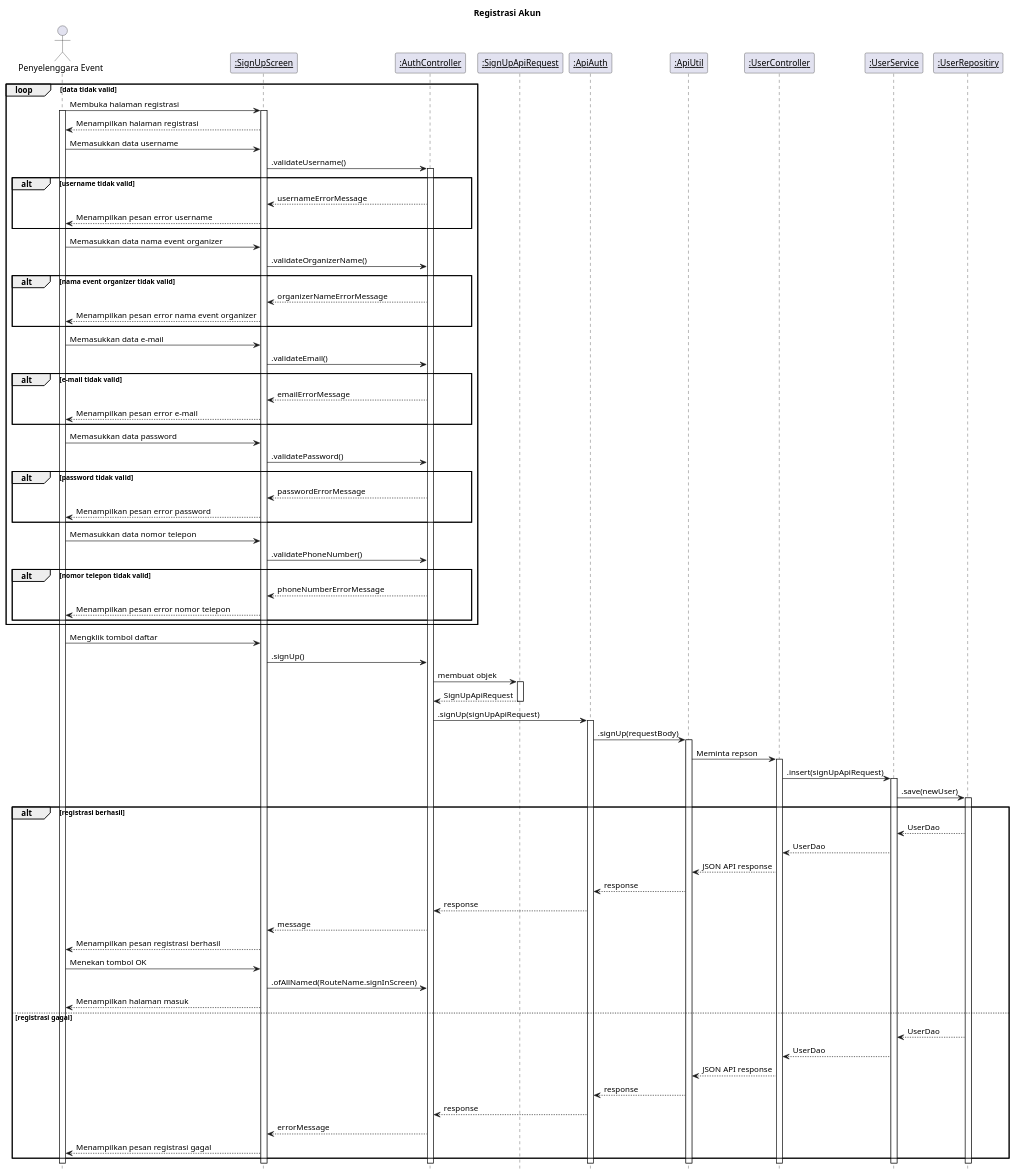
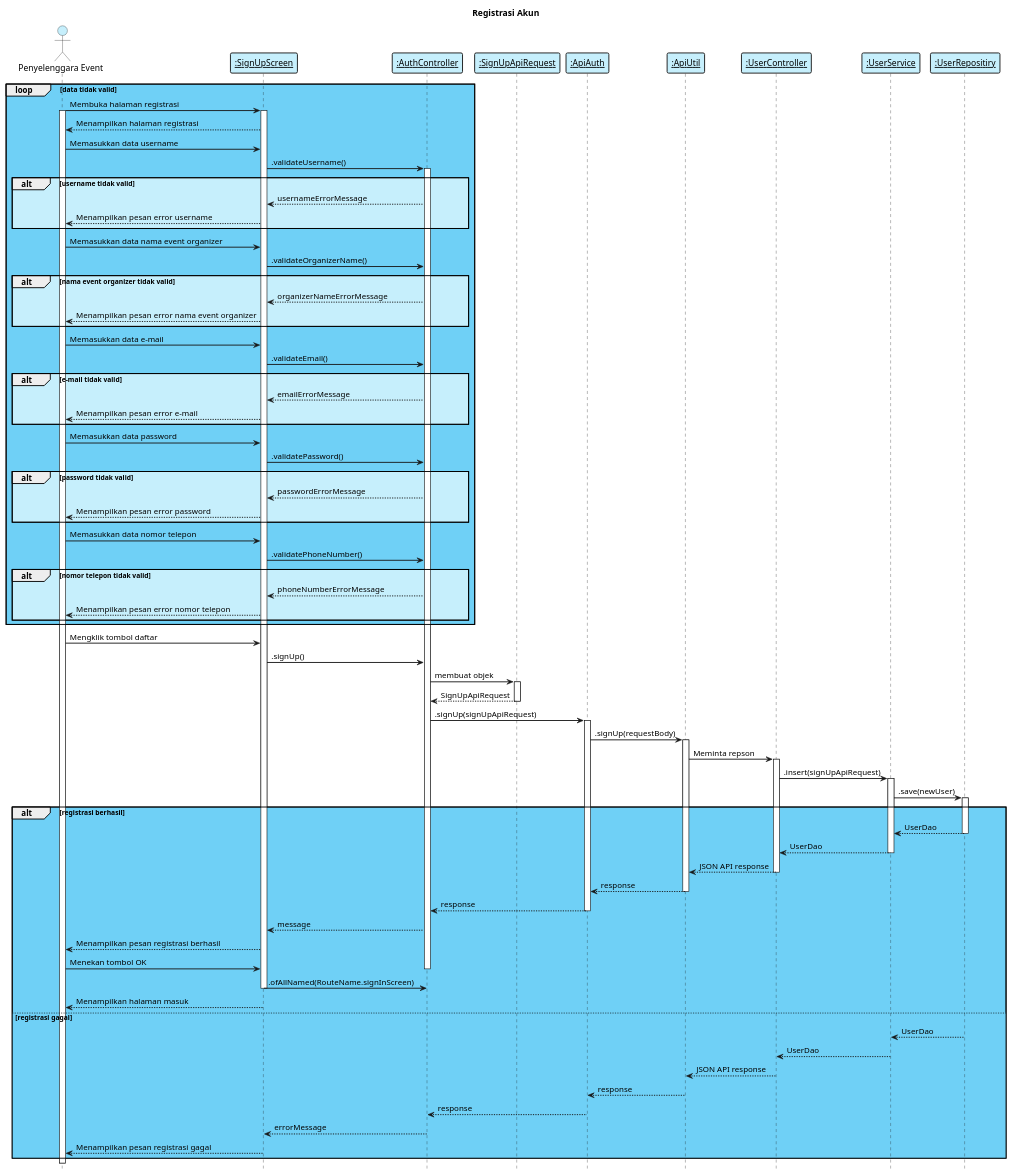
The diagram in Sequence Diagram/sequence_diagram_registrasi_akun.wsd (irfanfarras10/myevent-diagram), drawn with PlantUML before and after one commit. The commit also changed 6 other files, not shown here.

Commit message:
feat: implement class diagram:

```diff
--- a/Sequence Diagram/sequence_diagram_registrasi_akun.wsd
+++ b/Sequence Diagram/sequence_diagram_registrasi_akun.wsd
@@ -1,94 +1,110 @@
 @startuml "sequence_diagram_registrasi_akun"
 
     title "Registrasi Akun"
     hide footbox
     skinparam  shadowing false
+
+    skinparam sequence {    
+        ArrowThickness 1.5
+        ActorFontName Century Gothic
+        ActorBackgroundColor  #C6EFFC
+        ArrowFontName Century Gothic
+        ParticipantBorderThickness 1.5
+        ParticipantBackgroundColor #C6EFFC
+    }
 
     ' frontend component
     actor "Penyelenggara Event" as eo
     participant "__:SignUpScreen__" as view1
     participant "__:AuthController__" as controller1
     participant "__:SignUpApiRequest__" as model1
     participant "__:ApiAuth__" as util1
     participant "__:ApiUtil__" as util2
     ' backend component
     participant "__:UserController__" as controller2
     participant "__:UserService__" as service1
     participant "__:UserRepositiry__" as repository1
  
-    loop data tidak valid
+    loop #6fd0f6  data tidak valid
         eo -> view1: Membuka halaman registrasi
         activate eo
         activate view1
         view1 --> eo: Menampilkan halaman registrasi
         eo -> view1: Memasukkan data username
         view1 -> controller1: .validateUsername()
         activate controller1
-        alt username tidak valid
+        alt #C6EFFC username tidak valid
             controller1 --> view1: usernameErrorMessage
             view1 --> eo: Menampilkan pesan error username
         end
         eo -> view1: Memasukkan data nama event organizer
         view1 -> controller1: .validateOrganizerName()
-        alt nama event organizer tidak valid
+        alt #C6EFFC nama event organizer tidak valid
             controller1 --> view1: organizerNameErrorMessage
             view1 --> eo: Menampilkan pesan error nama event organizer
         end
         eo -> view1: Memasukkan data e-mail
         view1 -> controller1: .validateEmail()
-        alt e-mail tidak valid
+        alt #C6EFFC e-mail tidak valid
             controller1 --> view1: emailErrorMessage
             view1 --> eo: Menampilkan pesan error e-mail
         end
         eo -> view1: Memasukkan data password
         view1 -> controller1: .validatePassword()
-        alt password tidak valid
+        alt #C6EFFC password tidak valid
             controller1 --> view1: passwordErrorMessage
             view1 --> eo: Menampilkan pesan error password
         end
         eo -> view1: Memasukkan data nomor telepon
         view1 -> controller1: .validatePhoneNumber()
-        alt nomor telepon tidak valid
+        alt #C6EFFC nomor telepon tidak valid
             controller1 --> view1: phoneNumberErrorMessage
             view1 --> eo: Menampilkan pesan error nomor telepon
         end
     end 
     eo -> view1: Mengklik tombol daftar
     view1 -> controller1: .signUp()
     controller1 -> model1: membuat objek
     activate model1
     model1 --> controller1: SignUpApiRequest
     deactivate model1
     controller1 -> util1: .signUp(signUpApiRequest)
     activate util1
     util1 -> util2: .signUp(requestBody)
     activate util2
 
     util2 -> controller2: Meminta repson
     activate controller2
     controller2 -> service1: .insert(signUpApiRequest)
     activate service1
     service1 -> repository1: .save(newUser)
     activate repository1
-    alt registrasi berhasil
+    alt #6fd0f6 registrasi berhasil
         repository1 --> service1: UserDao
+        deactivate
         service1 --> controller2: UserDao
+        deactivate
         controller2 --> util2: JSON API response
+        deactivate
         util2 --> util1: response
+        deactivate
         util1 --> controller1: response
+        deactivate
         controller1 --> view1: message
         view1 --> eo: Menampilkan pesan registrasi berhasil
         eo -> view1: Menekan tombol OK
+        deactivate
         view1 -> controller1: .ofAllNamed(RouteName.signInScreen)
+        deactivate
         view1 --> eo: Menampilkan halaman masuk
     else registrasi gagal
         repository1 --> service1: UserDao
         service1 --> controller2: UserDao
         controller2 --> util2: JSON API response
         util2 --> util1: response
         util1 --> controller1: response
         controller1 --> view1: errorMessage
         view1 --> eo: Menampilkan pesan registrasi gagal    
     end 
 
 @enduml
```
